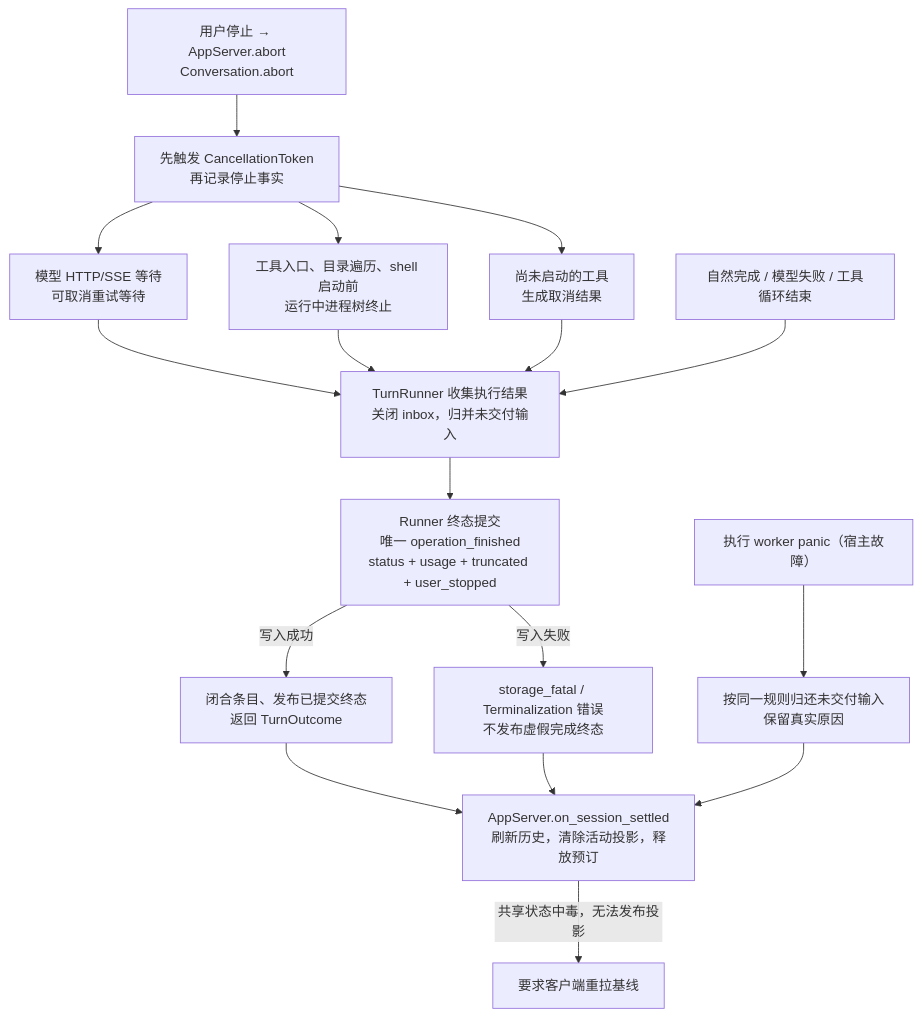
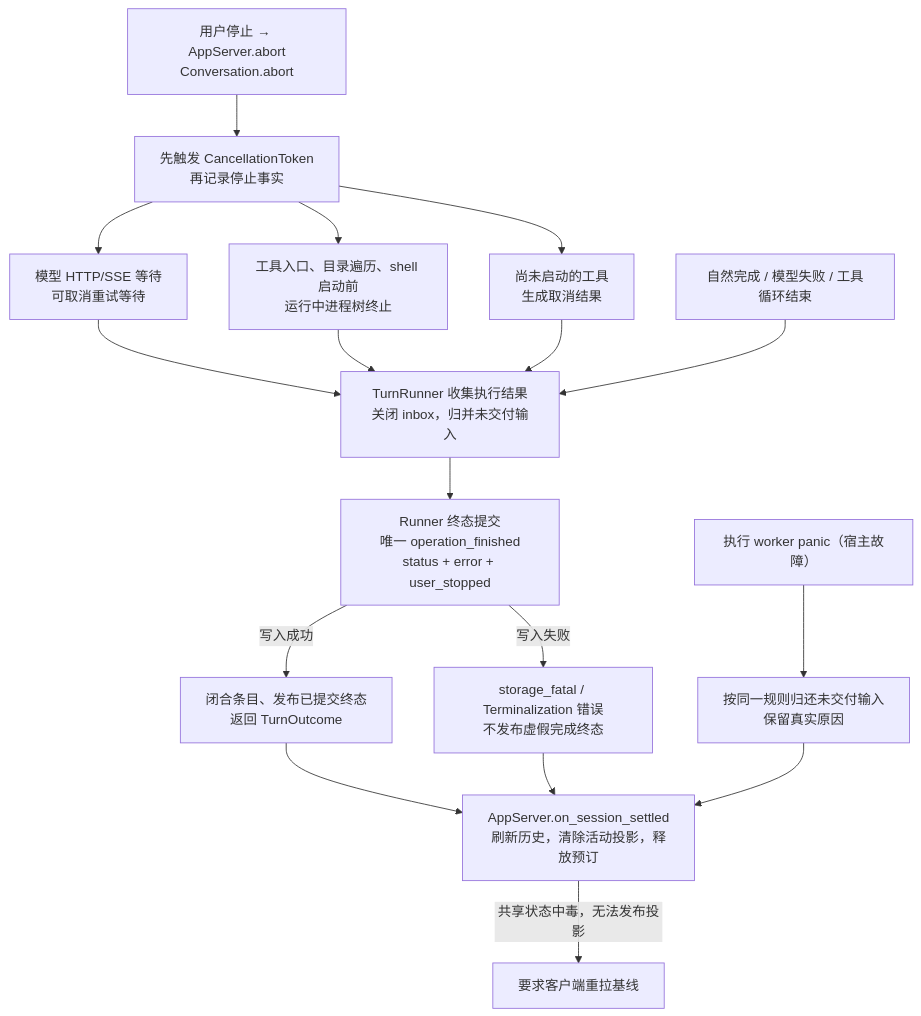
Diagram 17 of 29 in docs/architecture.md (qjcnmd/singularity-agent), drawn with Mermaid before and after one commit. The commit also changed other lines of this file and 27 other files, not shown here.

````diff
--- a/docs/architecture.md
+++ b/docs/architecture.md
@@ -466,19 +466,19 @@
 ```mermaid
 flowchart TB
     Stop["用户停止 → AppServer.abort<br/>Conversation.abort"] --> Signal["先触发 CancellationToken<br/>再记录停止事实"]
     Signal --> Model["模型 HTTP/SSE 等待<br/>可取消重试等待"]
     Signal --> Tools["工具入口、目录遍历、shell 启动前<br/>运行中进程树终止"]
     Signal --> Unstarted["尚未启动的工具<br/>生成取消结果"]
     Model --> Finish["TurnRunner 收集执行结果<br/>关闭 inbox，归并未交付输入"]
     Tools --> Finish
     Unstarted --> Finish
     Normal["自然完成 / 模型失败 / 工具循环结束"] --> Finish
-    Finish --> Commit["Runner 终态提交<br/>唯一 operation_finished<br/>status + usage + truncated + user_stopped"]
+    Finish --> Commit["Runner 终态提交<br/>唯一 operation_finished<br/>status + error + user_stopped"]
     Commit -->|"写入成功"| Publish["闭合条目、发布已提交终态<br/>返回 TurnOutcome"]
     Commit -->|"写入失败"| Fatal["storage_fatal / Terminalization 错误<br/>不发布虚假完成终态"]
     Publish --> Settled["AppServer.on_session_settled<br/>刷新历史，清除活动投影，释放预订"]
     Fatal --> Settled
     Panic["执行 worker panic（宿主故障）"] --> Handback["按同一规则归还未交付输入<br/>保留真实原因"]
     Handback --> Settled
     Settled -->|"共享状态中毒，无法发布投影"| Resync["要求客户端重拉基线"]
 ```
````
